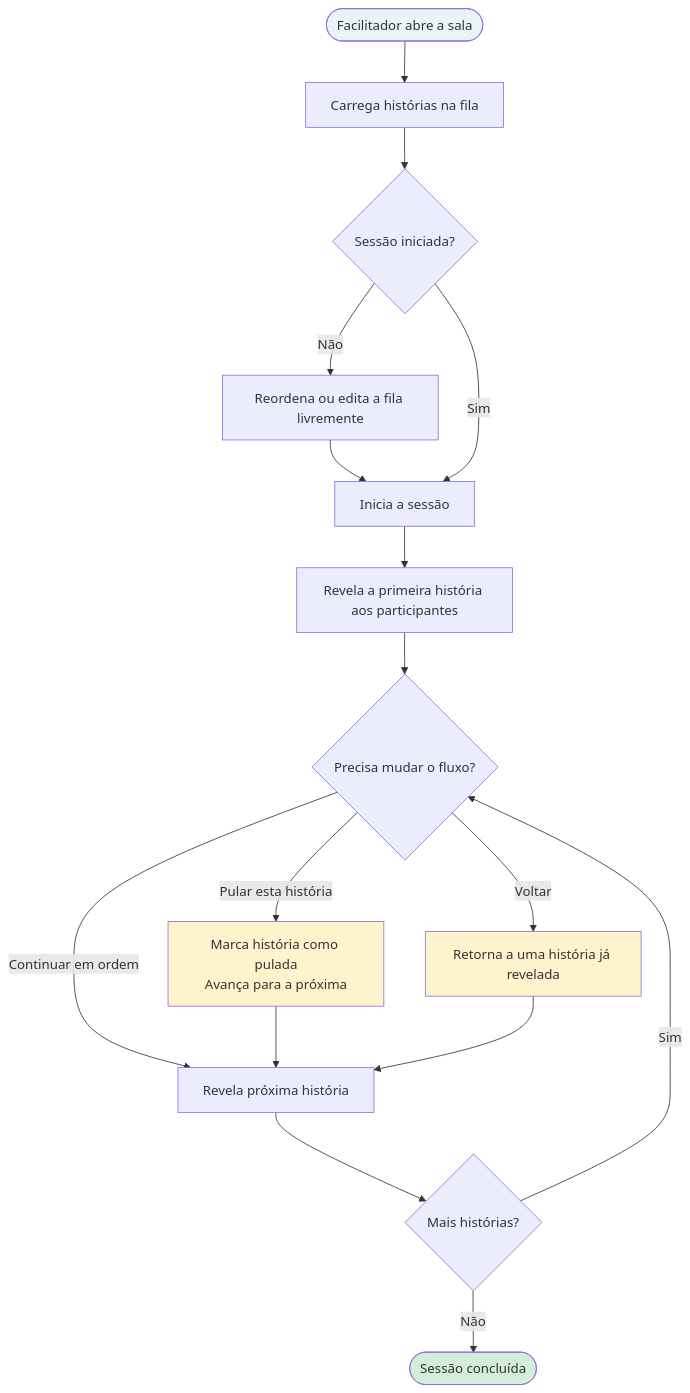
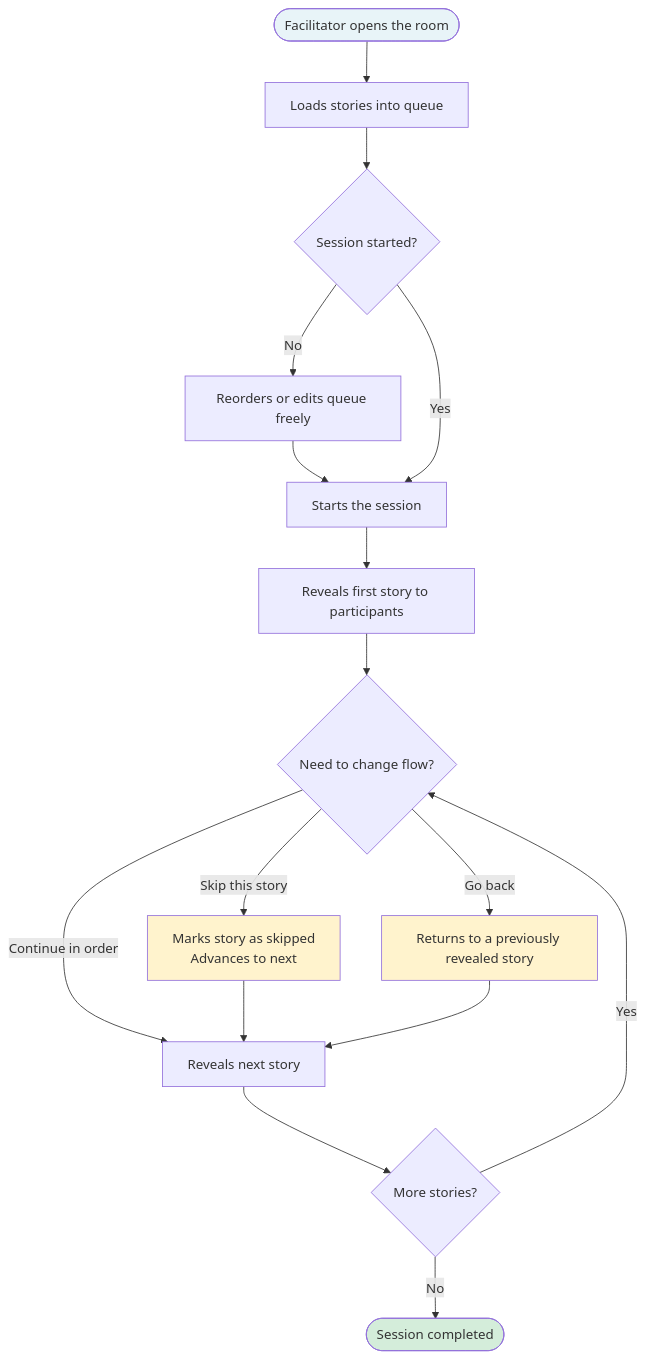
Before and after one commit to hugo-hsbtech/teamwork-process: the second of 5 diagrams in docs/use-cases/case-poker/06.1-product-backlog-queue-voting.md, drawn with Mermaid. The commit also changed other lines of this file and 63 other files, not shown here.

````diff
--- a/docs/use-cases/case-poker/06.1-product-backlog-queue-voting.md
+++ b/docs/use-cases/case-poker/06.1-product-backlog-queue-voting.md
@@ -70,23 +70,23 @@
 ```mermaid
 flowchart TD
-    A([Facilitador abre a sala]) --> B[Carrega histórias na fila]
-    B --> C{Sessão iniciada?}
-    C -- Não --> D[Reordena ou edita a fila livremente]
-    D --> E[Inicia a sessão]
-    C -- Sim --> E
-    E --> F[Revela a primeira história aos participantes]
-    F --> G{Precisa mudar o fluxo?}
-    G -- Pular esta história --> H[Marca história como pulada\nAvança para a próxima]
-    G -- Voltar --> I[Retorna a uma história já revelada]
-    G -- Continuar em ordem --> J[Revela próxima história]
+    A([Facilitator opens the room]) --> B[Loads stories into queue]
+    B --> C{Session started?}
+    C -- No --> D[Reorders or edits queue freely]
+    D --> E[Starts the session]
+    C -- Yes --> E
+    E --> F[Reveals first story to participants]
+    F --> G{Need to change flow?}
+    G -- Skip this story --> H[Marks story as skipped\nAdvances to next]
+    G -- Go back --> I[Returns to a previously revealed story]
+    G -- Continue in order --> J[Reveals next story]
     H --> J
     I --> J
-    J --> K{Mais histórias?}
-    K -- Sim --> G
-    K -- Não --> L([Sessão concluída])
+    J --> K{More stories?}
+    K -- Yes --> G
+    K -- No --> L([Session completed])
 
     style A fill:#e8f4f8
     style L fill:#d4edda
     style H fill:#fff3cd
     style I fill:#fff3cd
 ```
````
